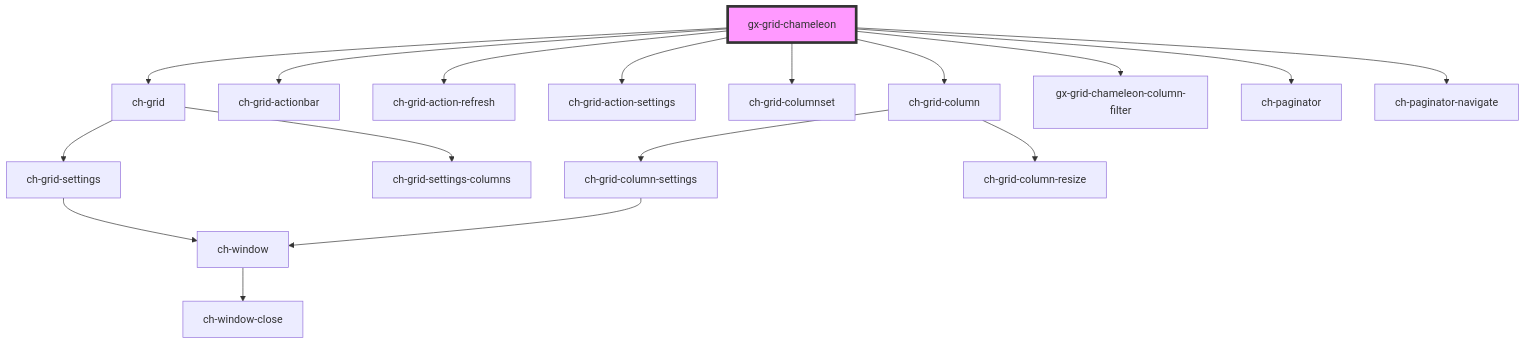
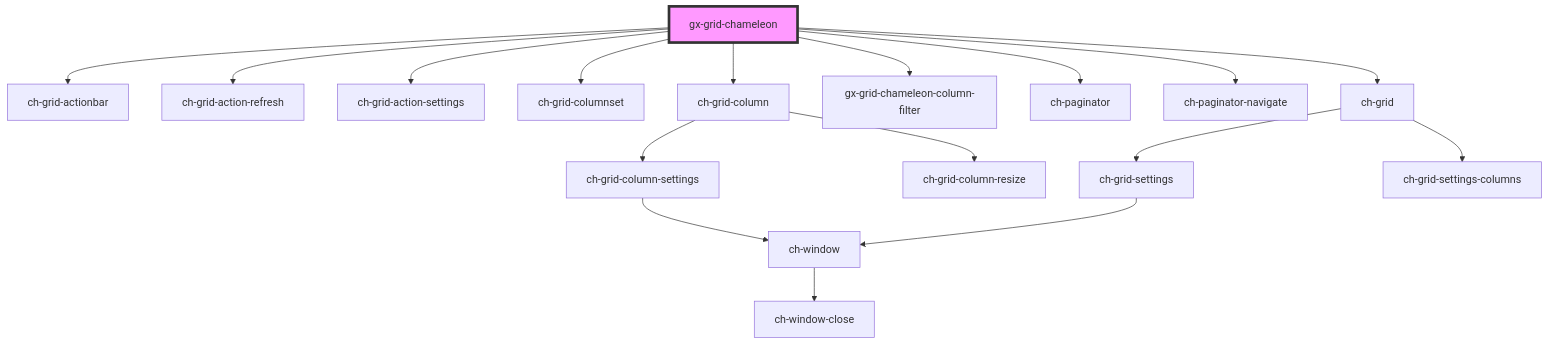
One commit to genexuslabs/chameleon-controls-library changed the diagram in src/components/gx-grid/readme.md. Above: the diagram before and after it, drawn with Mermaid. The commit also changed other lines of this file and 7 other files, not shown here.

````diff
--- a/src/components/gx-grid/readme.md
+++ b/src/components/gx-grid/readme.md
@@ -30,20 +30,20 @@
 ```mermaid
 graph TD;
-  gx-grid-chameleon --> ch-grid
   gx-grid-chameleon --> ch-grid-actionbar
   gx-grid-chameleon --> ch-grid-action-refresh
   gx-grid-chameleon --> ch-grid-action-settings
   gx-grid-chameleon --> ch-grid-columnset
   gx-grid-chameleon --> ch-grid-column
   gx-grid-chameleon --> gx-grid-chameleon-column-filter
   gx-grid-chameleon --> ch-paginator
   gx-grid-chameleon --> ch-paginator-navigate
+  gx-grid-chameleon --> ch-grid
+  ch-grid-column --> ch-grid-column-settings
+  ch-grid-column --> ch-grid-column-resize
+  ch-grid-column-settings --> ch-window
+  ch-window --> ch-window-close
   ch-grid --> ch-grid-settings
   ch-grid --> ch-grid-settings-columns
   ch-grid-settings --> ch-window
-  ch-window --> ch-window-close
-  ch-grid-column --> ch-grid-column-settings
-  ch-grid-column --> ch-grid-column-resize
-  ch-grid-column-settings --> ch-window
   style gx-grid-chameleon fill:#f9f,stroke:#333,stroke-width:4px
 ```
````
